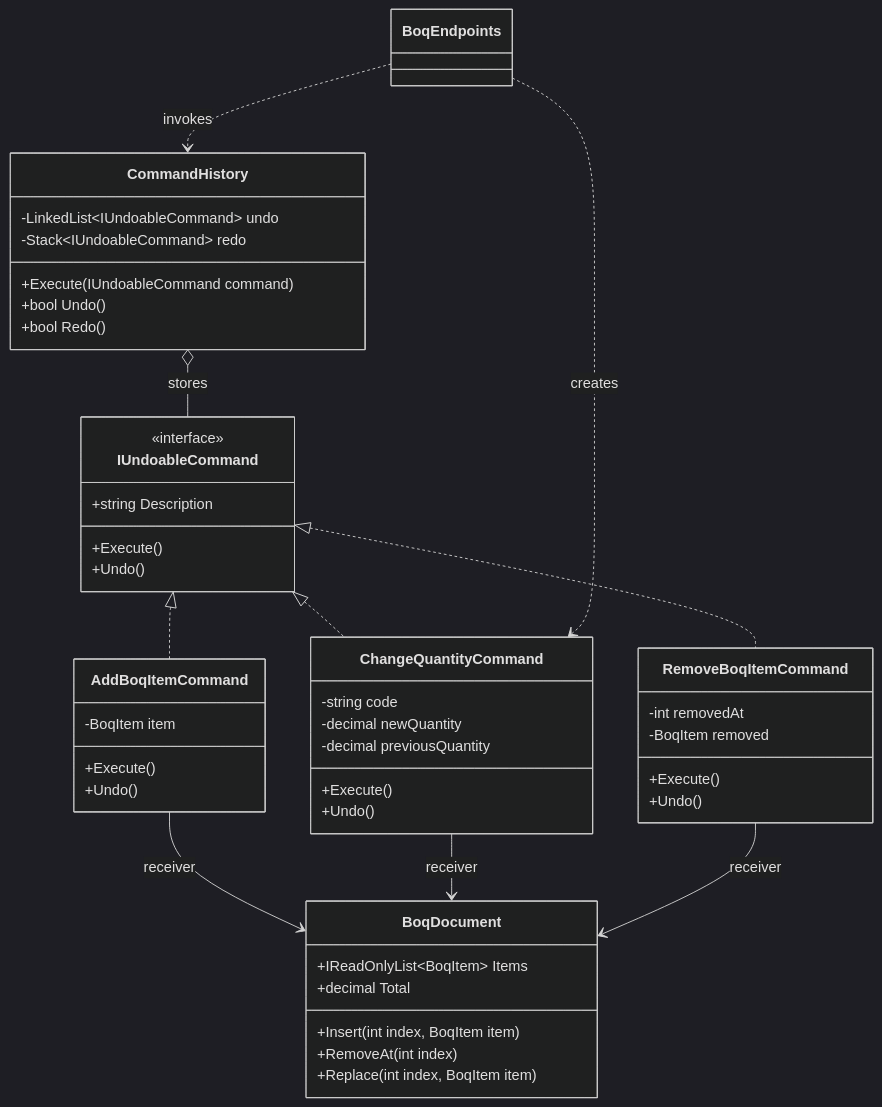
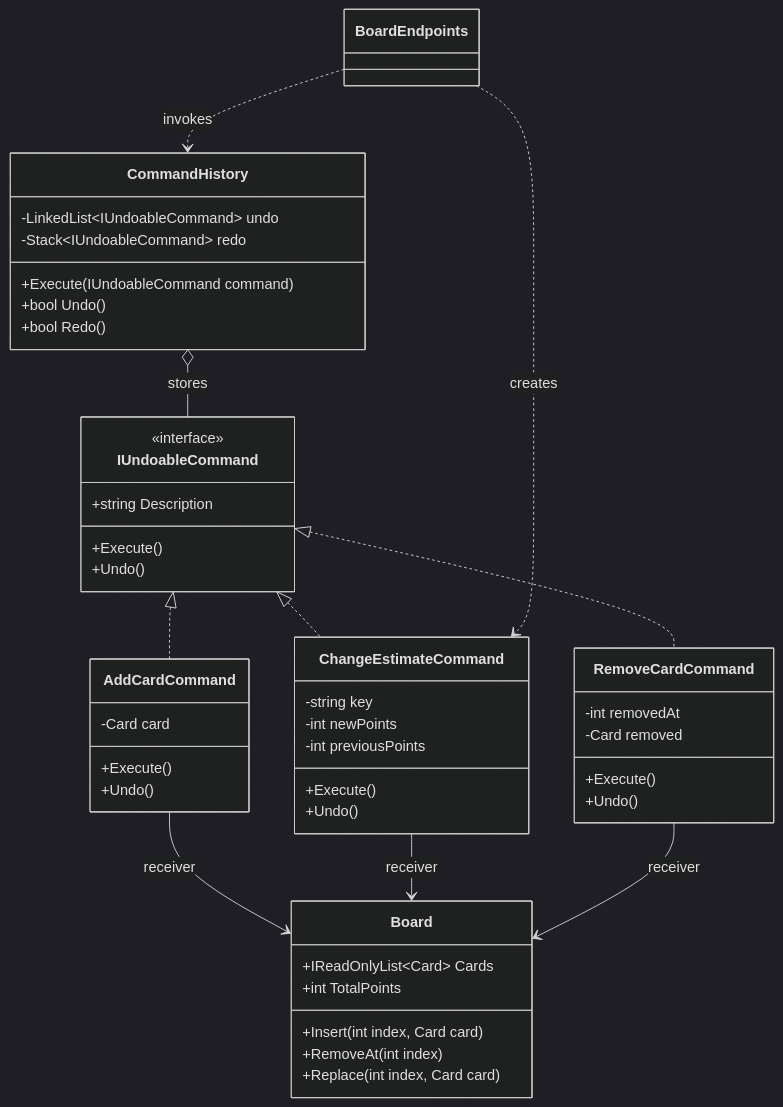
The first of 3 diagrams in content/lessons/m06/m06-command.md (rizwi0786/system-design-lab), drawn with Mermaid (dark theme) before and after one commit. The commit also changed other lines of this file and 334 other files, not shown here.

````diff
--- a/content/lessons/m06/m06-command.md
+++ b/content/lessons/m06/m06-command.md
@@ -128,51 +144,51 @@
 ```mermaid
 classDiagram
     class IUndoableCommand {
         <<interface>>
         +string Description
         +Execute()
         +Undo()
     }
     class CommandHistory {
         -LinkedList~IUndoableCommand~ undo
         -Stack~IUndoableCommand~ redo
         +Execute(IUndoableCommand command)
         +bool Undo()
         +bool Redo()
     }
-    class BoqDocument {
-        +IReadOnlyList~BoqItem~ Items
-        +Insert(int index, BoqItem item)
+    class Board {
+        +IReadOnlyList~Card~ Cards
+        +Insert(int index, Card card)
         +RemoveAt(int index)
-        +Replace(int index, BoqItem item)
-        +decimal Total
+        +Replace(int index, Card card)
+        +int TotalPoints
     }
-    class AddBoqItemCommand {
-        -BoqItem item
+    class AddCardCommand {
+        -Card card
         +Execute()
         +Undo()
     }
-    class ChangeQuantityCommand {
-        -string code
-        -decimal newQuantity
-        -decimal previousQuantity
+    class ChangeEstimateCommand {
+        -string key
+        -int newPoints
+        -int previousPoints
         +Execute()
         +Undo()
     }
-    class RemoveBoqItemCommand {
+    class RemoveCardCommand {
         -int removedAt
-        -BoqItem removed
+        -Card removed
         +Execute()
         +Undo()
     }
-    class BoqEndpoints
+    class BoardEndpoints
     CommandHistory o-- IUndoableCommand : stores
-    IUndoableCommand <|.. AddBoqItemCommand
-    IUndoableCommand <|.. ChangeQuantityCommand
-    IUndoableCommand <|.. RemoveBoqItemCommand
-    AddBoqItemCommand --> BoqDocument : receiver
-    ChangeQuantityCommand --> BoqDocument : receiver
-    RemoveBoqItemCommand --> BoqDocument : receiver
-    BoqEndpoints ..> CommandHistory : invokes
-    BoqEndpoints ..> ChangeQuantityCommand : creates
+    IUndoableCommand <|.. AddCardCommand
+    IUndoableCommand <|.. ChangeEstimateCommand
+    IUndoableCommand <|.. RemoveCardCommand
+    AddCardCommand --> Board : receiver
+    ChangeEstimateCommand --> Board : receiver
+    RemoveCardCommand --> Board : receiver
+    BoardEndpoints ..> CommandHistory : invokes
+    BoardEndpoints ..> ChangeEstimateCommand : creates
 ```
````
